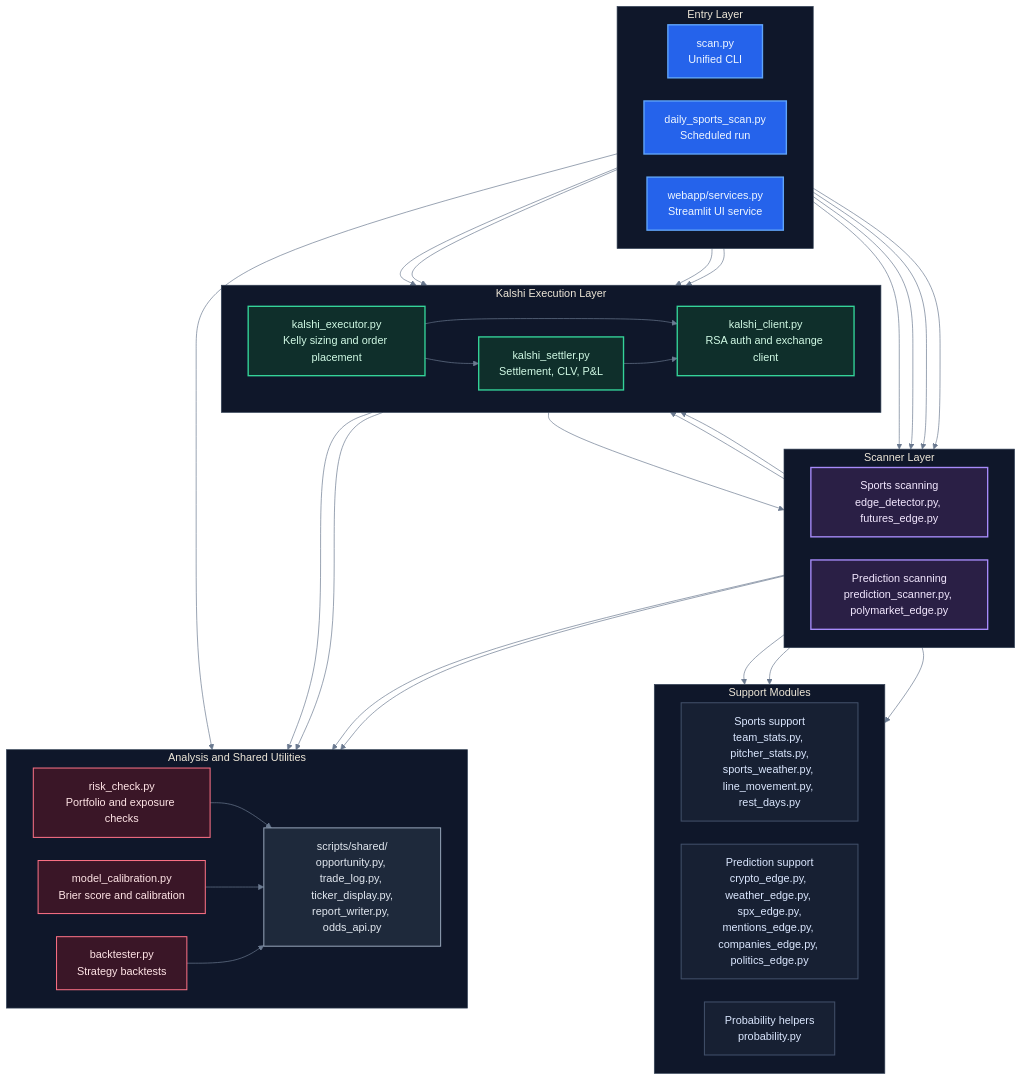
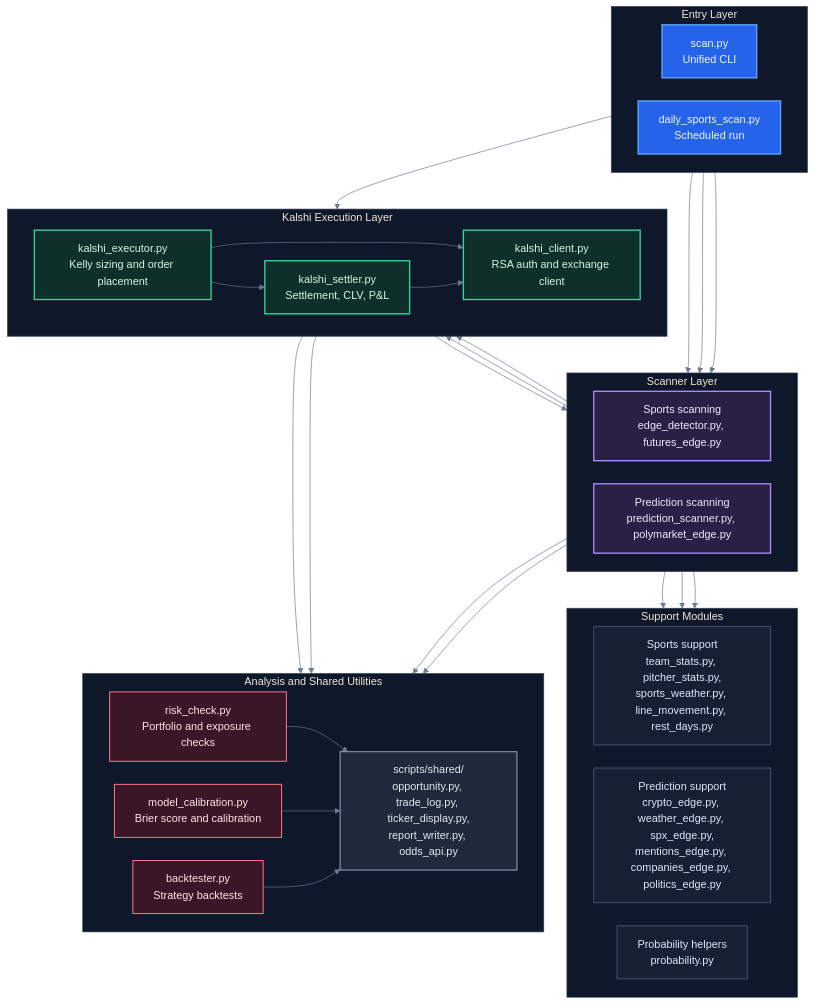
One commit to michaelschecht/Edge-Radar changed the diagram in .claude/images/diagrams/data_flow/other/data_flow_diagram-scripts/script_interactions.mmd. Above: the diagram before and after it, drawn with Mermaid. The commit also changed 133 other files, not shown here.

```diff
--- a/.claude/images/diagrams/data_flow/other/data_flow_diagram-scripts/script_interactions.mmd
+++ b/.claude/images/diagrams/data_flow/other/data_flow_diagram-scripts/script_interactions.mmd
@@ -1,103 +1,96 @@
 %%{init: {
   "theme": "base",
   "themeVariables": {
     "background": "#0b1220",
     "primaryColor": "#111827",
     "primaryTextColor": "#e5eefb",
     "primaryBorderColor": "#334155",
     "lineColor": "#6b7a90",
     "secondaryColor": "#0f172a",
     "tertiaryColor": "#111827",
     "clusterBkg": "#0f172a",
     "clusterBorder": "#334155",
     "fontFamily": "Segoe UI, Inter, Arial, sans-serif"
   },
   "themeCSS": "#my-svg{background-color:#0b1220;} svg{background-color:#0b1220;}",
   "flowchart": {
     "htmlLabels": true,
     "nodeSpacing": 34,
     "rankSpacing": 54,
     "curve": "basis"
   }
 }}%%
 flowchart TB
 
     subgraph ENTRY["Entry Layer"]
         direction LR
         scan["scan.py<br/>Unified CLI"]
         daily["daily_sports_scan.py<br/>Scheduled run"]
-        webapp["webapp/services.py<br/>Streamlit UI service"]
     end
 
     subgraph SCANNERS["Scanner Layer"]
         direction LR
         sports_scan["Sports scanning<br/>edge_detector.py, futures_edge.py"]
         pred_scan["Prediction scanning<br/>prediction_scanner.py, polymarket_edge.py"]
     end
 
     subgraph SUPPORT["Support Modules"]
         direction LR
         sports_mod["Sports support<br/>team_stats.py, pitcher_stats.py,<br/>sports_weather.py, line_movement.py, rest_days.py"]
         pred_mod["Prediction support<br/>crypto_edge.py, weather_edge.py, spx_edge.py,<br/>mentions_edge.py, companies_edge.py, politics_edge.py"]
         prob["Probability helpers<br/>probability.py"]
     end
 
     subgraph EXEC["Kalshi Execution Layer"]
         direction LR
         kalshi_client["kalshi_client.py<br/>RSA auth and exchange client"]
         executor["kalshi_executor.py<br/>Kelly sizing and order placement"]
         settler["kalshi_settler.py<br/>Settlement, CLV, P&L"]
     end
 
     subgraph ANALYSIS["Analysis and Shared Utilities"]
         direction LR
         risk_check["risk_check.py<br/>Portfolio and exposure checks"]
         model_cal["model_calibration.py<br/>Brier score and calibration"]
         backtester["backtester.py<br/>Strategy backtests"]
         shared["scripts/shared/<br/>opportunity.py, trade_log.py, ticker_display.py,<br/>report_writer.py, odds_api.py"]
     end
 
     scan --> sports_scan
     scan --> pred_scan
     daily --> sports_scan
-    webapp --> sports_scan
 
     sports_scan --> sports_mod
     pred_scan --> pred_mod
     pred_scan --> prob
 
     sports_scan --> kalshi_client
     pred_scan --> kalshi_client
     daily --> kalshi_client
-    webapp --> kalshi_client
-
-    webapp --> executor
-    webapp --> settler
-    webapp --> risk_check
 
     executor --> sports_scan
     executor --> kalshi_client
     executor --> settler
     settler --> kalshi_client
 
     sports_scan --> shared
     pred_scan --> shared
     executor --> shared
     settler --> shared
     risk_check --> shared
     model_cal --> shared
     backtester --> shared
 
     classDef entry fill:#2563eb,stroke:#60a5fa,stroke-width:2px,color:#eff6ff
     classDef scanner fill:#2a1f45,stroke:#a78bfa,stroke-width:2px,color:#f3e8ff
     classDef support fill:#172033,stroke:#42506a,stroke-width:1.5px,color:#dbe7ff
     classDef exchange fill:#0f2f2b,stroke:#34d399,stroke-width:2px,color:#d1fae5
     classDef analysis fill:#3a1627,stroke:#fb7185,stroke-width:1.5px,color:#ffe4e6
     classDef shared fill:#1e293b,stroke:#94a3b8,stroke-width:1.5px,color:#e2e8f0
 
-    class scan,daily,webapp entry
+    class scan,daily entry
     class sports_scan,pred_scan scanner
     class sports_mod,pred_mod,prob support
     class kalshi_client,executor,settler exchange
     class risk_check,model_cal,backtester analysis
     class shared shared
```
